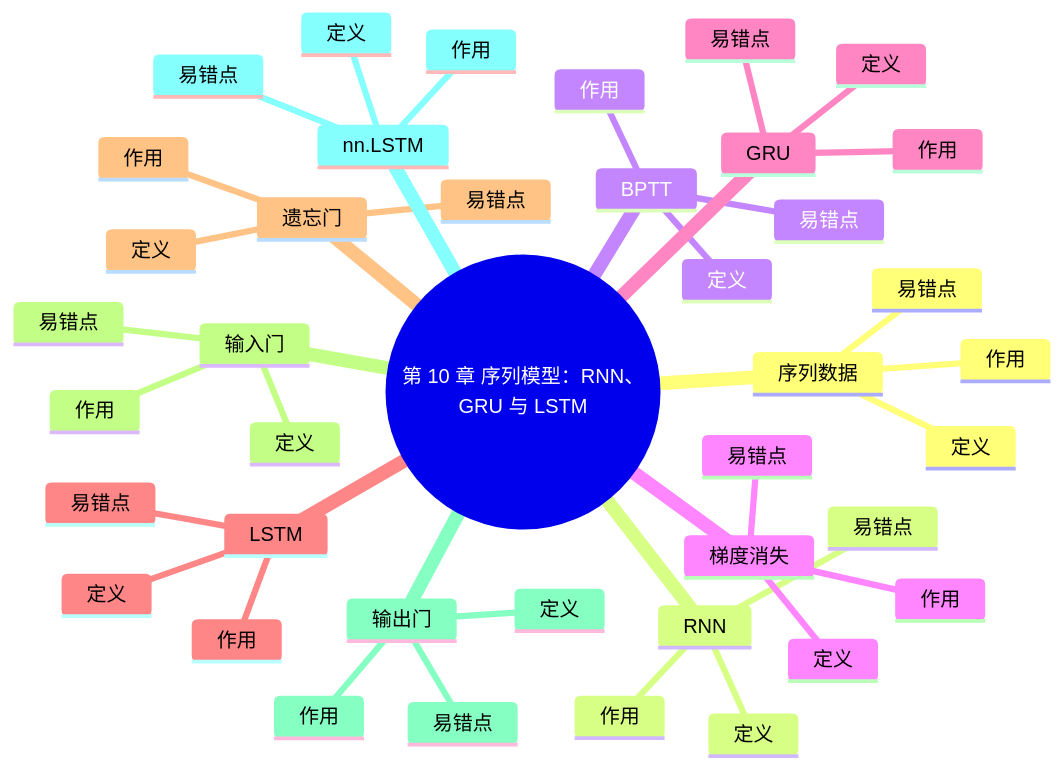
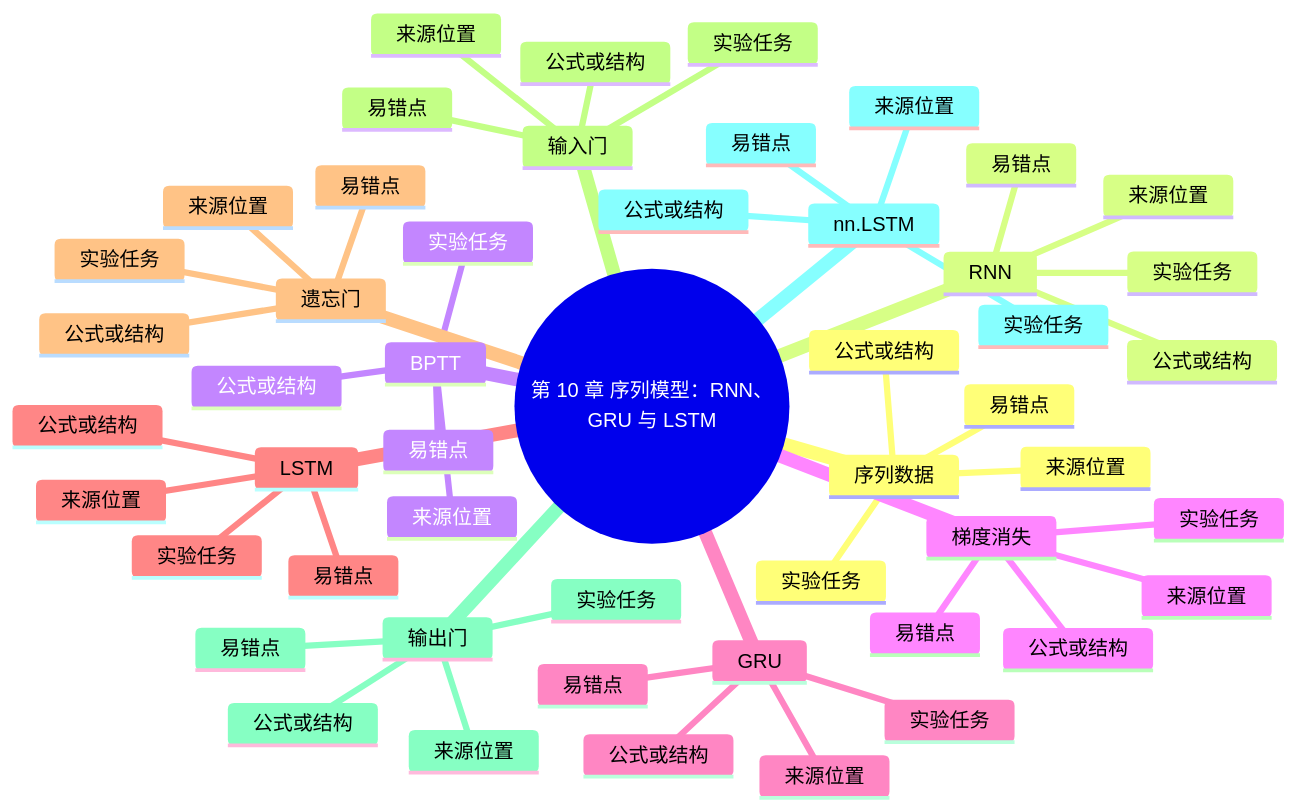
One commit to jiannanxie834-byte/LingXi-Backend changed the diagram in data/knowledge_base/deep_learning_v2/courseware/chapter_10_sequence_models/mind_map.mmd. Above: the diagram before and after it, drawn with Mermaid. The commit also changed 47 other files, not shown here.

````diff
--- a/data/knowledge_base/deep_learning_v2/courseware/chapter_10_sequence_models/mind_map.mmd
+++ b/data/knowledge_base/deep_learning_v2/courseware/chapter_10_sequence_models/mind_map.mmd
@@ -1,42 +1,54 @@
+```mermaid
 mindmap
   root((第 10 章 序列模型：RNN、GRU 与 LSTM))
     序列数据
-      定义
-      作用
+      来源位置
+      公式或结构
+      实验任务
       易错点
     RNN
-      定义
-      作用
+      来源位置
+      公式或结构
+      实验任务
       易错点
     BPTT
-      定义
-      作用
+      来源位置
+      公式或结构
+      实验任务
       易错点
     梯度消失
-      定义
-      作用
+      来源位置
+      公式或结构
+      实验任务
       易错点
     GRU
-      定义
-      作用
+      来源位置
+      公式或结构
+      实验任务
       易错点
     LSTM
-      定义
-      作用
+      来源位置
+      公式或结构
+      实验任务
       易错点
     遗忘门
-      定义
-      作用
+      来源位置
+      公式或结构
+      实验任务
       易错点
     输入门
-      定义
-      作用
+      来源位置
+      公式或结构
+      实验任务
       易错点
     输出门
-      定义
-      作用
+      来源位置
+      公式或结构
+      实验任务
       易错点
     nn.LSTM
-      定义
-      作用
+      来源位置
+      公式或结构
+      实验任务
       易错点
+```
````
